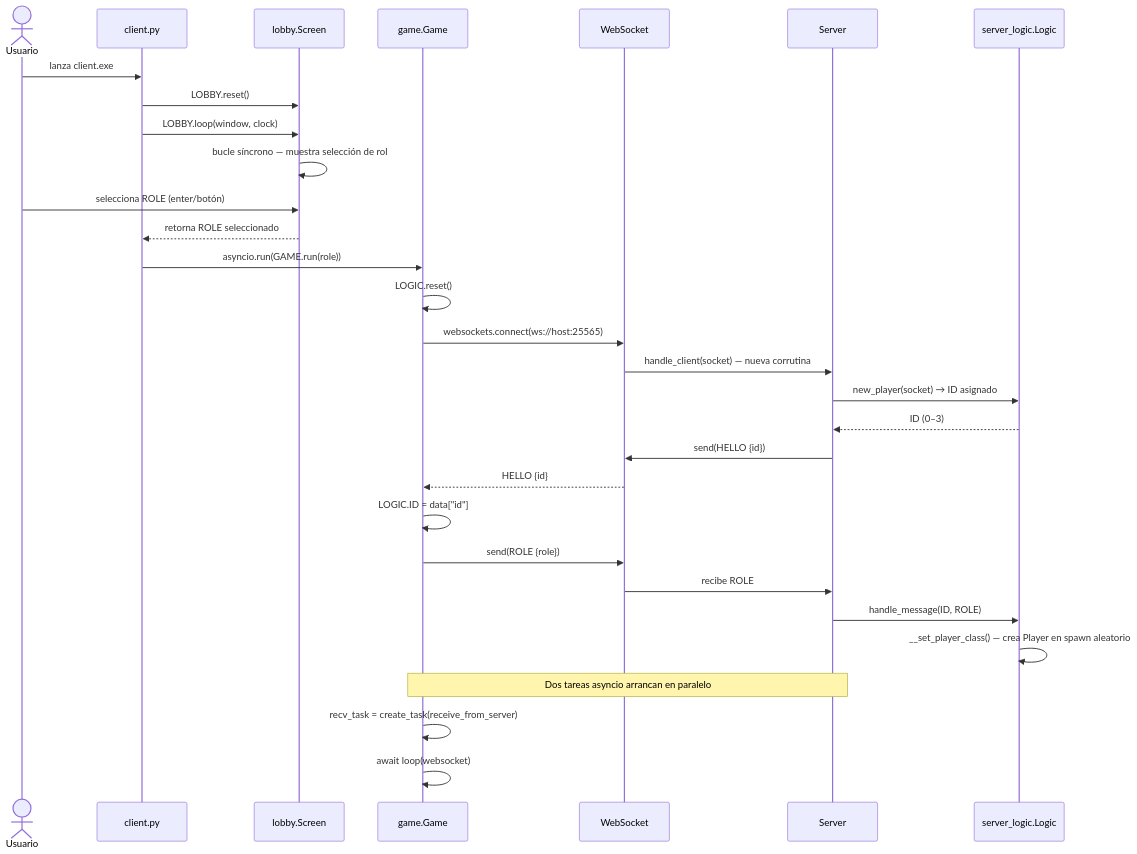
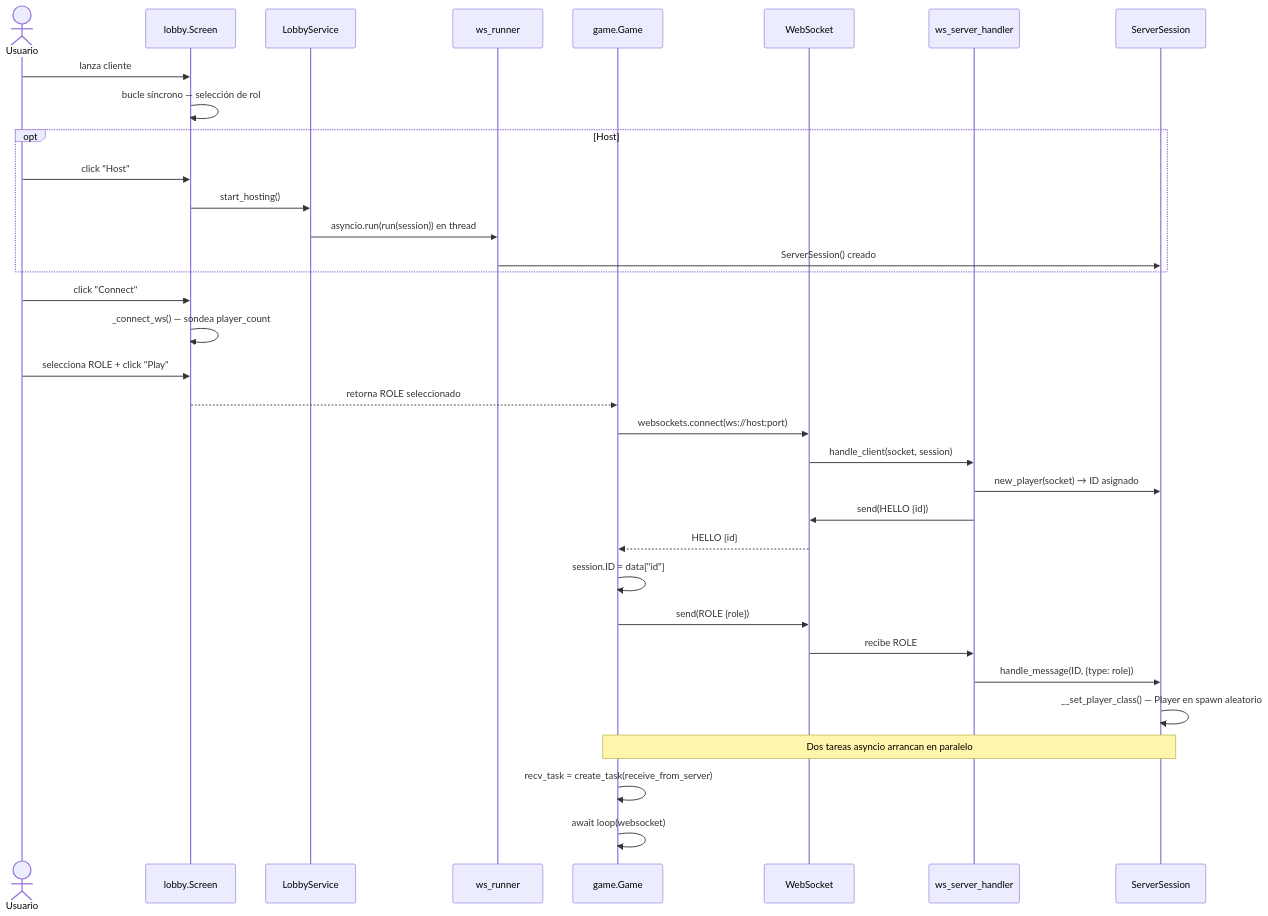
One commit to Aouei/pygame_multi changed the first of 6 diagrams in docs/diagramas/mensajes.md. Above: the diagram before and after it, drawn with Mermaid. The commit also changed other lines of this file and 3 other files, not shown here.

````diff
--- a/docs/diagramas/mensajes.md
+++ b/docs/diagramas/mensajes.md
@@ -102,37 +96,44 @@
 ```mermaid
 sequenceDiagram
     actor User as Usuario
-    participant CLI as client.py
     participant L  as lobby.Screen
+    participant LS as LobbyService
+    participant WSR as ws_runner
     participant G  as game.Game
     participant WS as WebSocket
-    participant S  as Server
-    participant SL as server_logic.Logic
+    participant WSSH as ws_server_handler
+    participant SS as ServerSession
 
-    User->>CLI: lanza client.exe
-    CLI->>L: LOBBY.reset()
-    CLI->>L: LOBBY.loop(window, clock)
-    L->>L: bucle síncrono — muestra selección de rol
-    User->>L: selecciona ROLE (enter/botón)
-    L-->>CLI: retorna ROLE seleccionado
+    User->>L: lanza cliente
+    L->>L: bucle síncrono — selección de rol
 
-    CLI->>G: asyncio.run(GAME.run(role))
-    G->>G: LOGIC.reset()
-    G->>WS: websockets.connect(ws://host:25565)
-    WS->>S: handle_client(socket) — nueva corrutina
-    S->>SL: new_player(socket) → ID asignado
-    SL-->>S: ID (0–3)
+    opt Host
+        User->>L: click "Host"
+        L->>LS: start_hosting()
+        LS->>WSR: asyncio.run(run(session)) en thread
+        WSR->>SS: ServerSession() creado
+    end
 
-    S->>WS: send(HELLO {id})
+    User->>L: click "Connect"
+    L->>L: _connect_ws() — sondea player_count
+
+    User->>L: selecciona ROLE + click "Play"
+    L-->>G: retorna ROLE seleccionado
+
+    G->>WS: websockets.connect(ws://host:port)
+    WS->>WSSH: handle_client(socket, session)
+    WSSH->>SS: new_player(socket) → ID asignado
+
+    WSSH->>WS: send(HELLO {id})
     WS-->>G: HELLO {id}
-    G->>G: LOGIC.ID = data["id"]
+    G->>G: session.ID = data["id"]
 
     G->>WS: send(ROLE {role})
-    WS->>S: recibe ROLE
-    S->>SL: handle_message(ID, ROLE)
-    SL->>SL: __set_player_class() — crea Player en spawn aleatorio
+    WS->>WSSH: recibe ROLE
+    WSSH->>SS: handle_message(ID, {type: role})
+    SS->>SS: __set_player_class() — Player en spawn aleatorio
 
-    Note over G,S: Dos tareas asyncio arrancan en paralelo
+    Note over G,SS: Dos tareas asyncio arrancan en paralelo
     G->>G: recv_task = create_task(receive_from_server)
     G->>G: await loop(websocket)
 ```
````
